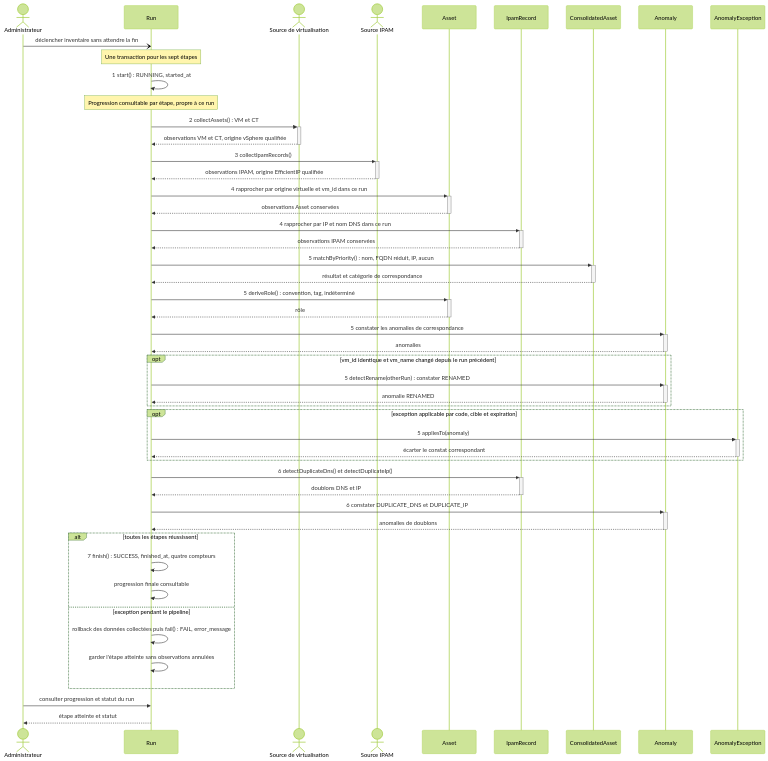
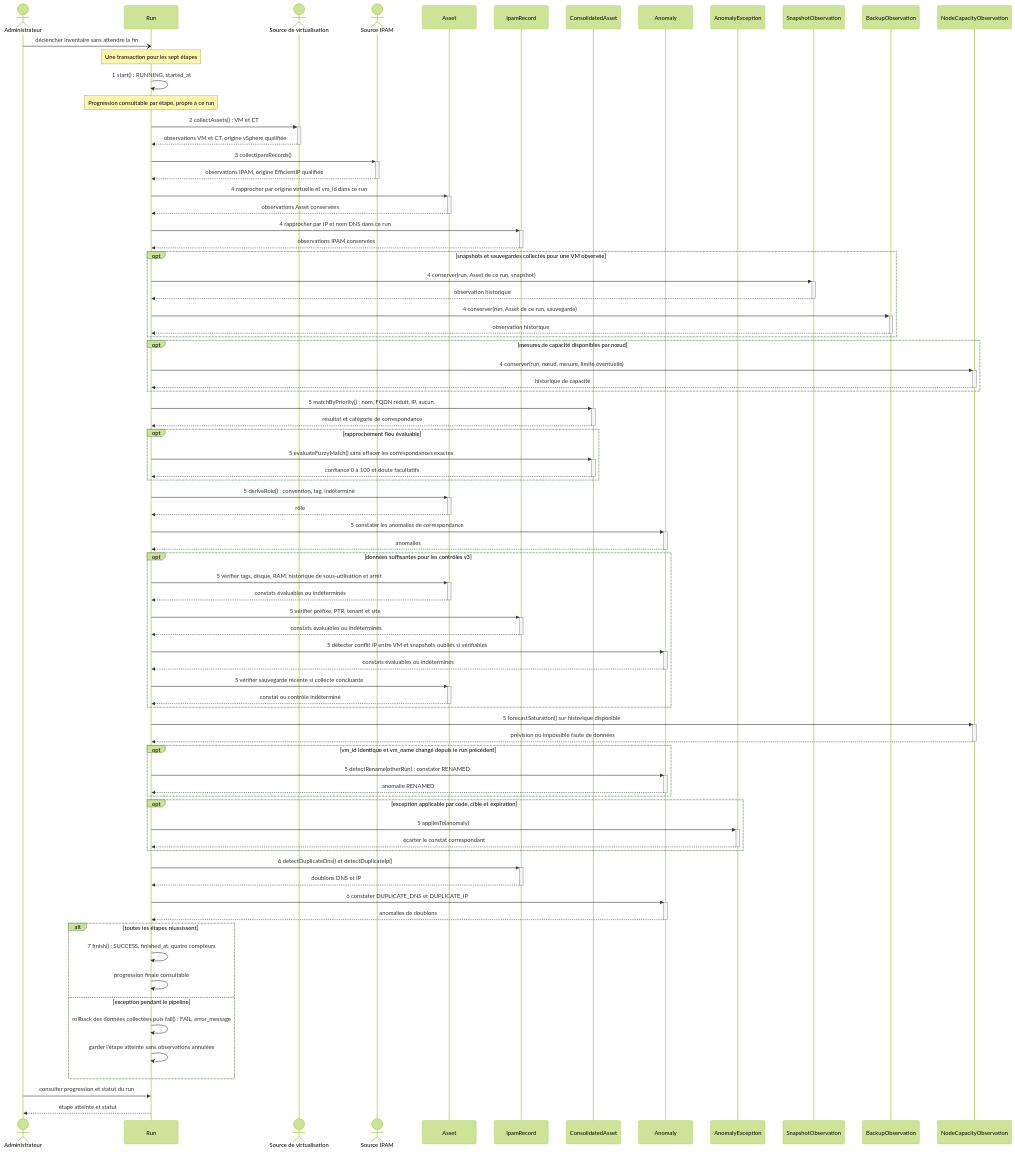
One commit to Fr0gzilla/CloudInventory changed the first of 3 diagrams in docs/modele/sequences.md. Above: the diagram before and after it, drawn with Mermaid (forest theme). The commit also changed other lines of this file and 8 other files, not shown here.

````diff
--- a/docs/modele/sequences.md
+++ b/docs/modele/sequences.md
@@ -5,51 +5,80 @@
 ```mermaid
 sequenceDiagram
     actor Administrateur
     participant Run
     actor Virtualisation as Source de virtualisation
     actor IPAM as Source IPAM
     participant Asset
     participant IpamRecord
     participant ConsolidatedAsset
     participant Anomaly
     participant AnomalyException
+    participant SnapshotObservation
+    participant BackupObservation
+    participant NodeCapacityObservation
     Administrateur-)Run: déclencher inventaire sans attendre la fin
     Note over Run: Une transaction pour les sept étapes
     Run->>Run: 1 start() : RUNNING, started_at
     Note over Run: Progression consultable par étape, propre à ce run
     Run->>+Virtualisation: 2 collectAssets() : VM et CT
     Virtualisation-->>-Run: observations VM et CT, origine vSphere qualifiée
     Run->>+IPAM: 3 collectIpamRecords()
     IPAM-->>-Run: observations IPAM, origine EfficientIP qualifiée
     Run->>+Asset: 4 rapprocher par origine virtuelle et vm_id dans ce run
     Asset-->>-Run: observations Asset conservées
     Run->>+IpamRecord: 4 rapprocher par IP et nom DNS dans ce run
     IpamRecord-->>-Run: observations IPAM conservées
+    opt snapshots et sauvegardes collectés pour une VM observée
+        Run->>+SnapshotObservation: 4 conserver(run, Asset de ce run, snapshot)
+        SnapshotObservation-->>-Run: observation historique
+        Run->>+BackupObservation: 4 conserver(run, Asset de ce run, sauvegarde)
+        BackupObservation-->>-Run: observation historique
+    end
+    opt mesures de capacité disponibles par nœud
+        Run->>+NodeCapacityObservation: 4 conserver(run, nœud, mesure, limite éventuelle)
+        NodeCapacityObservation-->>-Run: historique de capacité
+    end
     Run->>+ConsolidatedAsset: 5 matchByPriority() : nom, FQDN réduit, IP, aucun
     ConsolidatedAsset-->>-Run: résultat et catégorie de correspondance
+    opt rapprochement flou évaluable
+        Run->>+ConsolidatedAsset: 5 evaluateFuzzyMatch() sans effacer les correspondances exactes
+        ConsolidatedAsset-->>-Run: confiance 0 à 100 et doute facultatifs
+    end
     Run->>+Asset: 5 deriveRole() : convention, tag, indéterminé
     Asset-->>-Run: rôle
     Run->>+Anomaly: 5 constater les anomalies de correspondance
     Anomaly-->>-Run: anomalies
+    opt données suffisantes pour les contrôles v3
+        Run->>+Asset: 5 vérifier tags, disque, RAM, historique de sous-utilisation et arrêt
+        Asset-->>-Run: constats évaluables ou indéterminés
+        Run->>+IpamRecord: 5 vérifier préfixe, PTR, tenant et site
+        IpamRecord-->>-Run: constats évaluables ou indéterminés
+        Run->>+Anomaly: 5 détecter conflit IP entre VM et snapshots oubliés si vérifiables
+        Anomaly-->>-Run: constats évaluables ou indéterminés
+        Run->>+Asset: 5 vérifier sauvegarde récente si collecte concluante
+        Asset-->>-Run: constat ou contrôle indéterminé
+    end
+    Run->>+NodeCapacityObservation: 5 forecastSaturation() sur historique disponible
+    NodeCapacityObservation-->>-Run: prévision ou impossible faute de données
     opt vm_id identique et vm_name changé depuis le run précédent
         Run->>+Anomaly: 5 detectRename(otherRun) : constater RENAMED
         Anomaly-->>-Run: anomalie RENAMED
     end
     opt exception applicable par code, cible et expiration
         Run->>+AnomalyException: 5 appliesTo(anomaly)
         AnomalyException-->>-Run: écarter le constat correspondant
     end
     Run->>+IpamRecord: 6 detectDuplicateDns() et detectDuplicateIp()
     IpamRecord-->>-Run: doublons DNS et IP
     Run->>+Anomaly: 6 constater DUPLICATE_DNS et DUPLICATE_IP
     Anomaly-->>-Run: anomalies de doublons
     alt toutes les étapes réussissent
         Run->>Run: 7 finish() : SUCCESS, finished_at, quatre compteurs
         Run->>Run: progression finale consultable
     else exception pendant le pipeline
         Run->>Run: rollback des données collectées puis fail() : FAIL, error_message
         Run->>Run: garder l'étape atteinte sans observations annulées
     end
     Administrateur->>Run: consulter progression et statut du run
     Run-->>Administrateur: étape atteinte et statut
 ```
````
